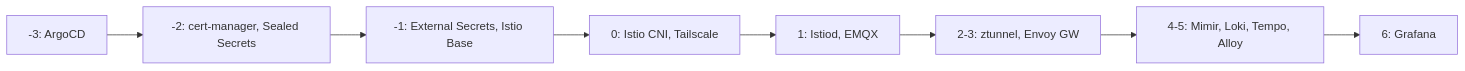
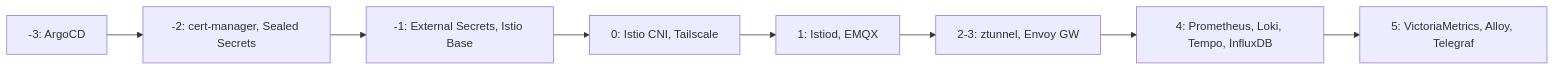
The fifth of 8 diagrams in README.md (tomasz-wostal-eu/cd-homelab), drawn with Mermaid before and after one commit. The commit also changed other lines of this file and 8 other files, not shown here.

Commit message:
add: victoria metrics

````diff
--- a/README.md
+++ b/README.md
@@ -160,10 +161,10 @@
 ```mermaid
 flowchart LR
     A["-3: ArgoCD"] --> B["-2: cert-manager, Sealed Secrets"]
     B --> C["-1: External Secrets, Istio Base"]
     C --> D["0: Istio CNI, Tailscale"]
     D --> E["1: Istiod, EMQX"]
     E --> F["2-3: ztunnel, Envoy GW"]
-    F --> G["4-5: Mimir, Loki, Tempo, Alloy"]
-    G --> H["6: Grafana"]
+    F --> G["4: Prometheus, Loki, Tempo, InfluxDB"]
+    G --> H["5: VictoriaMetrics, Alloy, Telegraf"]
 ```
````
